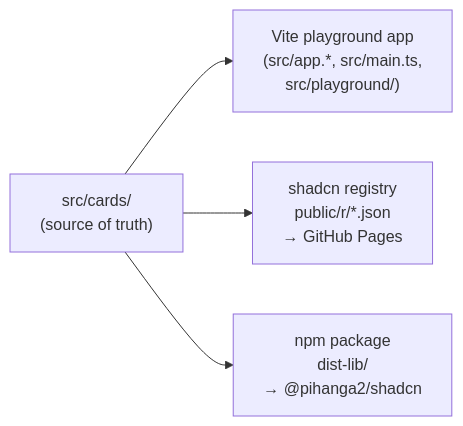
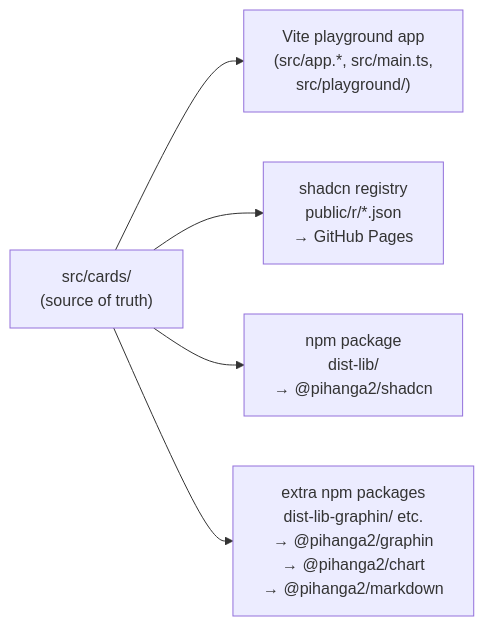
Before and after one commit to ivcap-works/pihanga-shadcn: the diagram in README.md, drawn with Mermaid. The commit also changed other lines of this file and 13 other files, not shown here.

Commit message:
added legends to grpahin and created a few new npm packages

````diff
--- a/README.md
+++ b/README.md
@@ -134,11 +142,12 @@
 ```mermaid
 flowchart LR
     SRC["src/cards/\n(source of truth)"]
     PG["Vite playground app\n(src/app.*, src/main.ts,\nsrc/playground/)"]
     REG["shadcn registry\npublic/r/*.json\n→ GitHub Pages"]
     NPM["npm package\ndist-lib/\n→ @pihanga2/shadcn"]
 
     SRC --> PG
     SRC --> REG
     SRC --> NPM
+    SRC --> EXT["extra npm packages\ndist-lib-graphin/ etc.\n→ @pihanga2/graphin\n→ @pihanga2/chart\n→ @pihanga2/markdown"]
 ```
````
